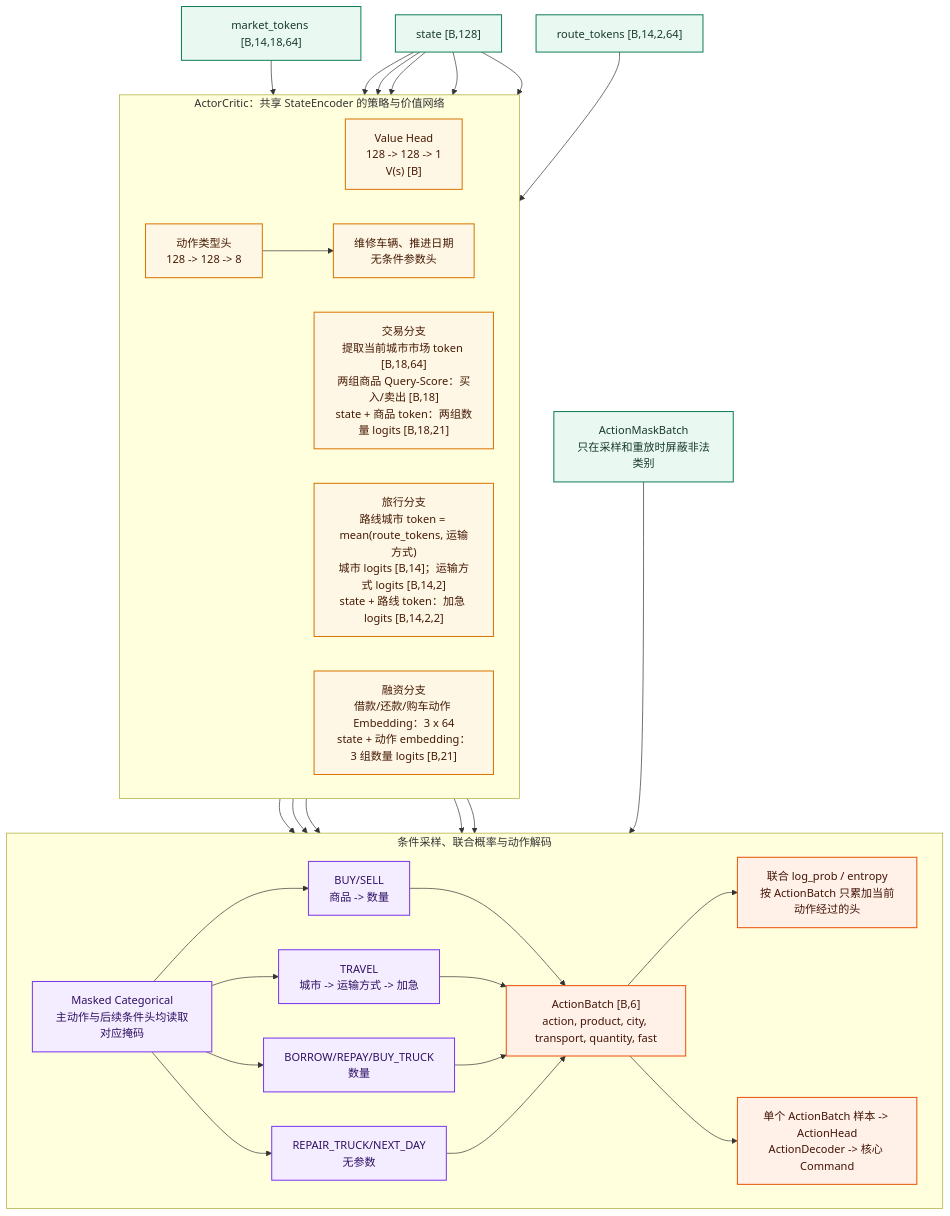
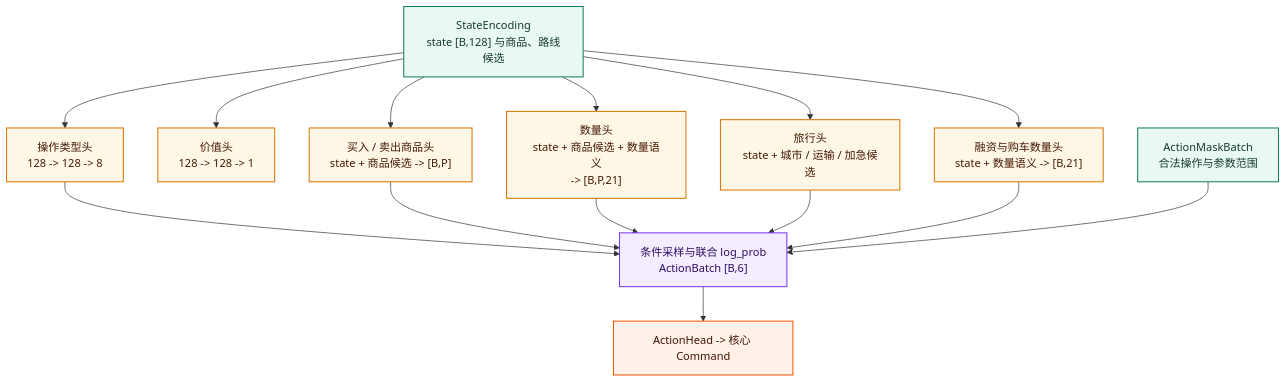
Before and after one commit to ImJX-Xu/TradeGame-RL: the diagram in docs/architecture/actor-critic.mmd, drawn with Mermaid. The commit also changed 5 other files, not shown here.

```diff
--- a/docs/architecture/actor-critic.mmd
+++ b/docs/architecture/actor-critic.mmd
@@ -1,52 +1,32 @@
 flowchart TB
     classDef input fill:#EAF8F2,stroke:#16805C,stroke-width:1.5px,color:#173B2E
     classDef network fill:#FFF7E6,stroke:#D97706,stroke-width:1.5px,color:#451A03
     classDef decision fill:#F4EDFF,stroke:#7C3AED,stroke-width:1.5px,color:#2E1065
     classDef output fill:#FFF1E8,stroke:#EA580C,stroke-width:1.5px,color:#431407
 
-    state_input["state [B,128]"]:::input
-    market_input["market_tokens [B,14,18,64]"]:::input
-    route_input["route_tokens [B,14,2,64]"]:::input
-    mask["ActionMaskBatch<br/>只在采样和重放时屏蔽非法类别"]:::input
+    encoding["StateEncoding<br/>state [B,128] 与商品、路线候选"]:::input
+    masks["ActionMaskBatch<br/>合法操作与参数范围"]:::input
 
-    subgraph actor_critic["ActorCritic：共享 StateEncoder 的策略与价值网络"]
-        direction LR
-        value["Value Head<br/>128 -> 128 -> 1<br/>V(s) [B]"]:::network
-        action_type["动作类型头<br/>128 -> 128 -> 8"]:::network
-        trade["交易分支<br/>提取当前城市市场 token [B,18,64]<br/>两组商品 Query-Score：买入/卖出 [B,18]<br/>state + 商品 token：两组数量 logits [B,18,21]"]:::network
-        travel["旅行分支<br/>路线城市 token = mean(route_tokens, 运输方式)<br/>城市 logits [B,14]；运输方式 logits [B,14,2]<br/>state + 路线 token：加急 logits [B,14,2,2]"]:::network
-        finance["融资分支<br/>借款/还款/购车动作 Embedding：3 x 64<br/>state + 动作 embedding：3 组数量 logits [B,21]"]:::network
-        fixed_actions["维修车辆、推进日期<br/>无条件参数头"]:::network
-    end
-    state_input --> value
-    state_input --> action_type
-    market_input --> trade
-    state_input --> trade
-    route_input --> travel
-    state_input --> travel
-    state_input --> finance
-    action_type --> fixed_actions
+    value["价值头<br/>128 -> 128 -> 1"]:::network
+    action_type["操作类型头<br/>128 -> 128 -> 8"]:::network
+    products["买入 / 卖出商品头<br/>state + 商品候选 -> [B,P]"]:::network
+    quantities["数量头<br/>state + 商品候选 + 数量语义<br/>-> [B,P,21]"]:::network
+    travel["旅行头<br/>state + 城市 / 运输 / 加急候选"]:::network
+    finance["融资与购车数量头<br/>state + 数量语义 -> [B,21]"]:::network
 
-    subgraph decision["条件采样、联合概率与动作解码"]
-        direction LR
-        select_action["Masked Categorical<br/>主动作与后续条件头均读取对应掩码"]:::decision
-        trade_path["BUY/SELL<br/>商品 -> 数量"]:::decision
-        travel_path["TRAVEL<br/>城市 -> 运输方式 -> 加急"]:::decision
-        finance_path["BORROW/REPAY/BUY_TRUCK<br/>数量"]:::decision
-        no_param_path["REPAIR_TRUCK/NEXT_DAY<br/>无参数"]:::decision
-        action_batch["ActionBatch [B,6]<br/>action, product, city, transport, quantity, fast"]:::output
-        joint["联合 log_prob / entropy<br/>按 ActionBatch 只累加当前动作经过的头"]:::output
-        decoder["单个 ActionBatch 样本 -> ActionHead<br/>ActionDecoder -> 核心 Command"]:::output
-        select_action --> trade_path --> action_batch
-        select_action --> travel_path --> action_batch
-        select_action --> finance_path --> action_batch
-        select_action --> no_param_path --> action_batch
-        action_batch --> joint
-        action_batch --> decoder
-    end
-    mask --> select_action
-    action_type --> select_action
-    trade --> trade_path
-    travel --> travel_path
-    finance --> finance_path
-    fixed_actions --> no_param_path
+    sample["条件采样与联合 log_prob<br/>ActionBatch [B,6]"]:::decision
+    command["ActionHead -> 核心 Command"]:::output
+
+    encoding --> value
+    encoding --> action_type
+    encoding --> products
+    encoding --> quantities
+    encoding --> travel
+    encoding --> finance
+    action_type --> sample
+    products --> sample
+    quantities --> sample
+    travel --> sample
+    finance --> sample
+    masks --> sample
+    sample --> command
```
